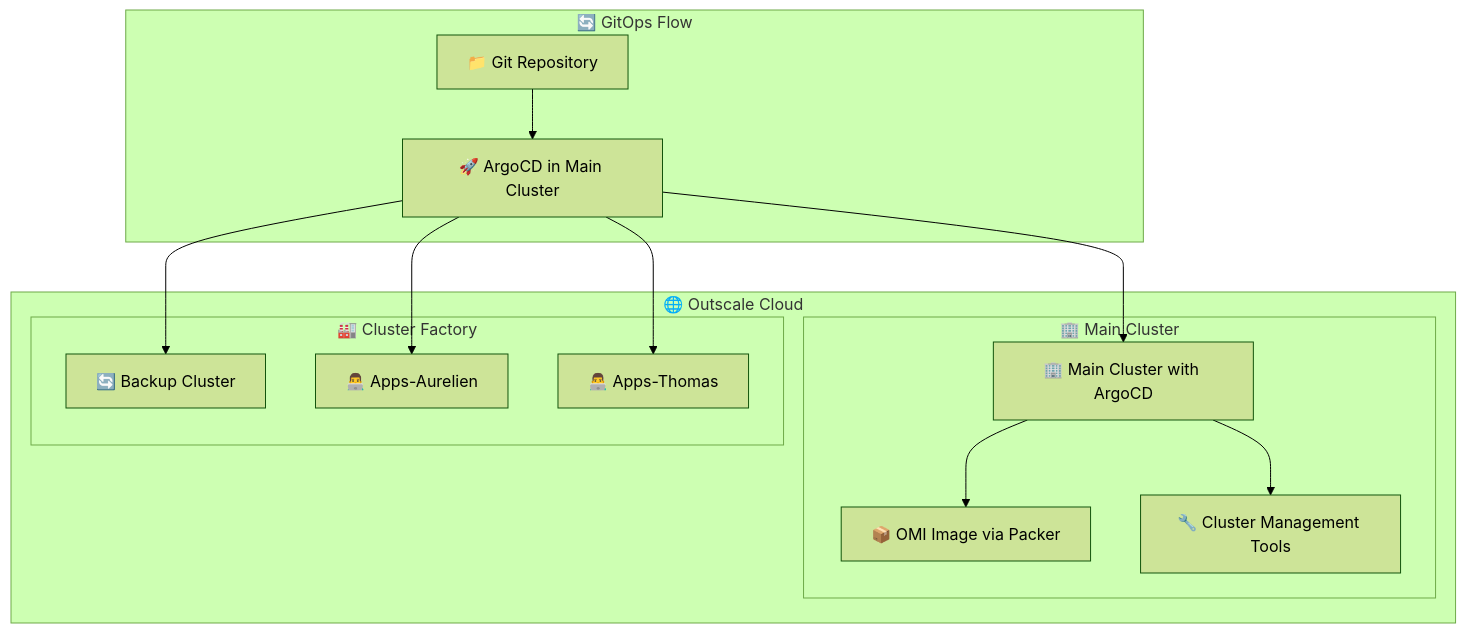
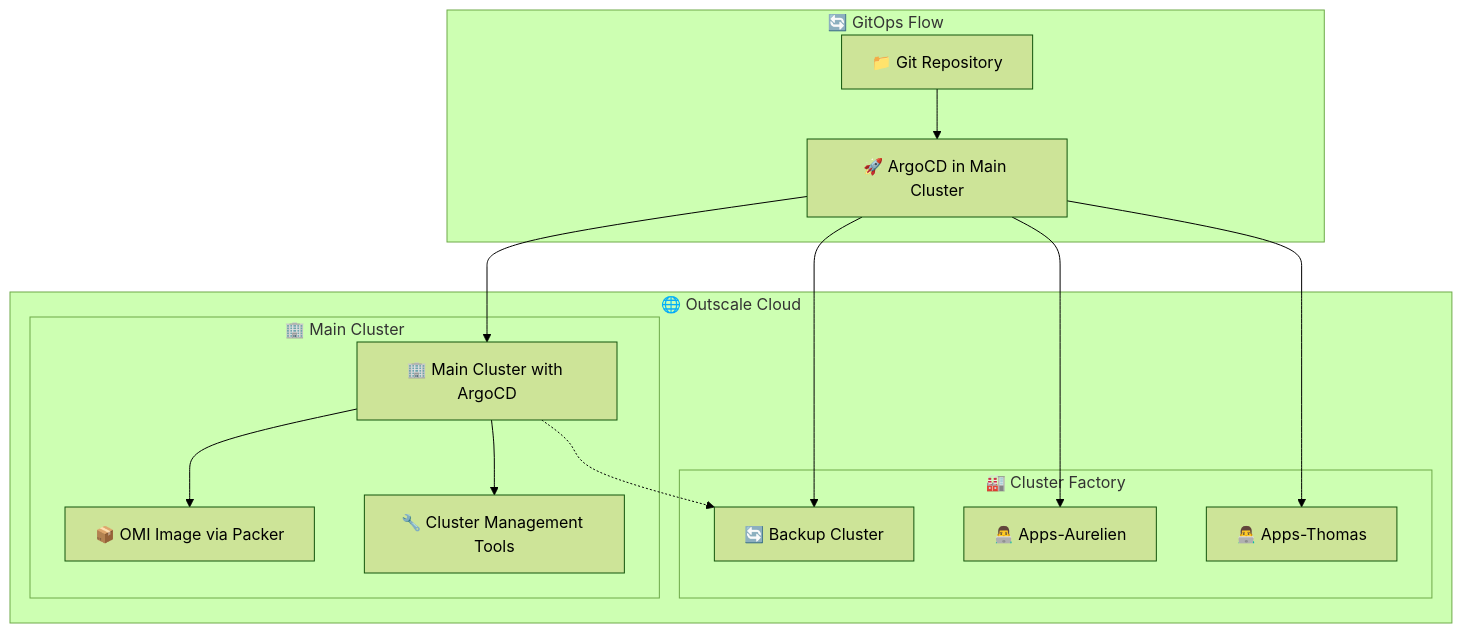
One commit to KubLand/.github changed the diagram in profile/README.md. Above: the diagram before and after it, drawn with Mermaid (forest theme).

Commit message:
docs: update schema

````diff
--- a/profile/README.md
+++ b/profile/README.md
@@ -30,28 +30,30 @@
 ```mermaid
 graph TB
     subgraph "🌐 Outscale Cloud"
         subgraph "🏢 Main Cluster"
             MAIN[🏢 Main Cluster with ArgoCD]
             MAIN --> OMI[📦 OMI Image via Packer]
             MAIN --> TOOLS[🔧 Cluster Management Tools]
         end
 
         subgraph "🏭 Cluster Factory"
             BACKUP[🔄 Backup Cluster]
             AURELIEN[👨‍💻 Apps-Aurelien]
             THOMAS[👨‍💻 Apps-Thomas]
         end
     end
 
     subgraph "🔄 GitOps Flow"
         GIT[📁 Git Repository]
         ARGO[🚀 ArgoCD in Main Cluster]
     end
 
     GIT --> ARGO
     ARGO --> MAIN
     ARGO --> BACKUP
     ARGO --> AURELIEN
     ARGO --> THOMAS
 
+    MAIN -.-> BACKUP
+
 ```
````
